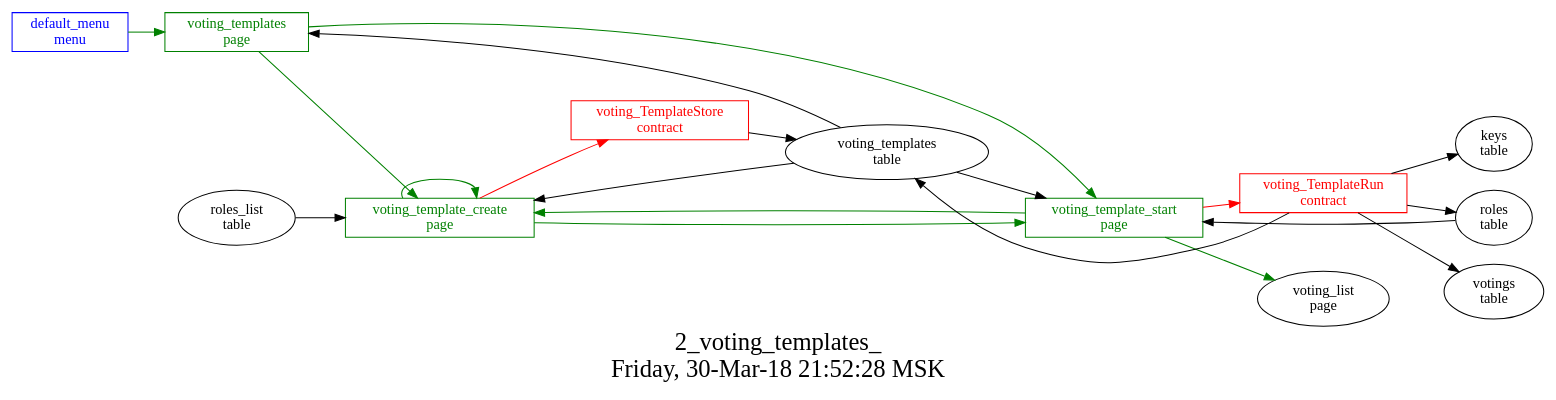
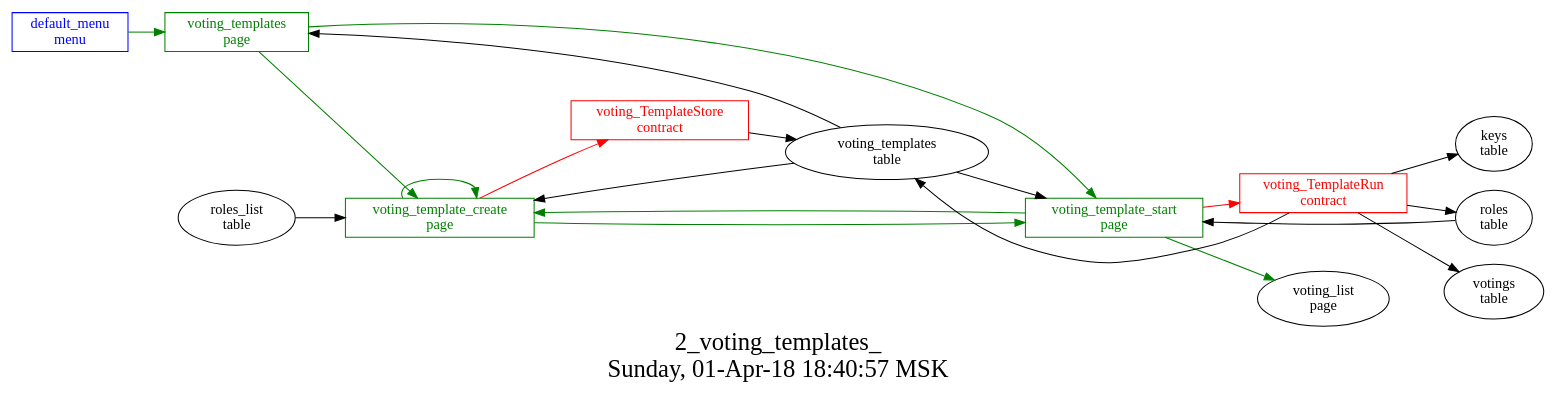
One commit to AplaProject/apps changed the diagram in src/basic/basic_main/2_voting_templates_json/struct.dot. Above: the diagram before and after it, drawn with Graphviz. The commit also changed 5 other files, not shown here.

```diff
--- a/src/basic/basic_main/2_voting_templates_json/struct.dot
+++ b/src/basic/basic_main/2_voting_templates_json/struct.dot
@@ -1,36 +1,36 @@
 digraph G {
 graph [
   fontsize="24";
-  label="2_voting_templates_\nFriday, 30-Mar-18 21:52:28 MSK";
+  label="2_voting_templates_\nSunday, 01-Apr-18 18:40:57 MSK";
   nojustify=true;
   ordering=out;
   rankdir=LR;
   size="30";
 ];
 "default_menu\nmenu" -> "voting_templates\npage"  [ color=green ]
 "default_menu\nmenu" [color=blue, fontcolor=blue, group=menus, shape=record];
 "voting_template_create\npage" -> "voting_TemplateStore\ncontract"  [ color=red ]
 "voting_templates\ntable" -> "voting_template_create\npage"  [ color="" ]
 "roles_list\ntable" -> "voting_template_create\npage"  [ color="" ]
 "voting_template_create\npage" -> "voting_template_create\npage"  [ color=green ]
 "voting_template_create\npage" -> "voting_template_start\npage"  [ color=green ]
 "voting_template_create\npage" [color=green, fontcolor=green, group=pages, shape=record];
 "voting_template_start\npage" -> "voting_TemplateRun\ncontract"  [ color=red ]
 "voting_templates\ntable" -> "voting_template_start\npage"  [ color="" ]
 "roles\ntable" -> "voting_template_start\npage"  [ color="" ]
 "voting_template_start\npage" -> "voting_template_create\npage"  [ color=green ]
 "voting_template_start\npage" -> "voting_list\npage"  [ color=green ]
 "voting_template_start\npage" [color=green, fontcolor=green, group=pages, shape=record];
 "voting_templates\ntable" -> "voting_templates\npage"  [ color="" ]
 "voting_templates\npage" -> "voting_template_start\npage"  [ color=green ]
 "voting_templates\npage" -> "voting_template_create\npage"  [ color=green ]
 "voting_templates\npage" [color=green, fontcolor=green, group=pages, shape=record];
 "voting_TemplateRun\ncontract" -> "voting_templates\ntable"  [ color="" ]
 "voting_TemplateRun\ncontract" -> "keys\ntable"  [ color="" ]
 "voting_TemplateRun\ncontract" -> "roles\ntable"  [ color="" ]
 "voting_TemplateRun\ncontract" -> "votings\ntable"  [ color="" ]
 "voting_TemplateRun\ncontract" [color=red, fontcolor=red, group=contracts, shape=record];
 "voting_TemplateStore\ncontract" -> "voting_templates\ntable"  [ color="" ]
 "voting_TemplateStore\ncontract" [color=red, fontcolor=red, group=contracts, shape=record];
 "voting_templates\ntable" [color="", fontcolor="", group=tables, shape=""];
 }
```
